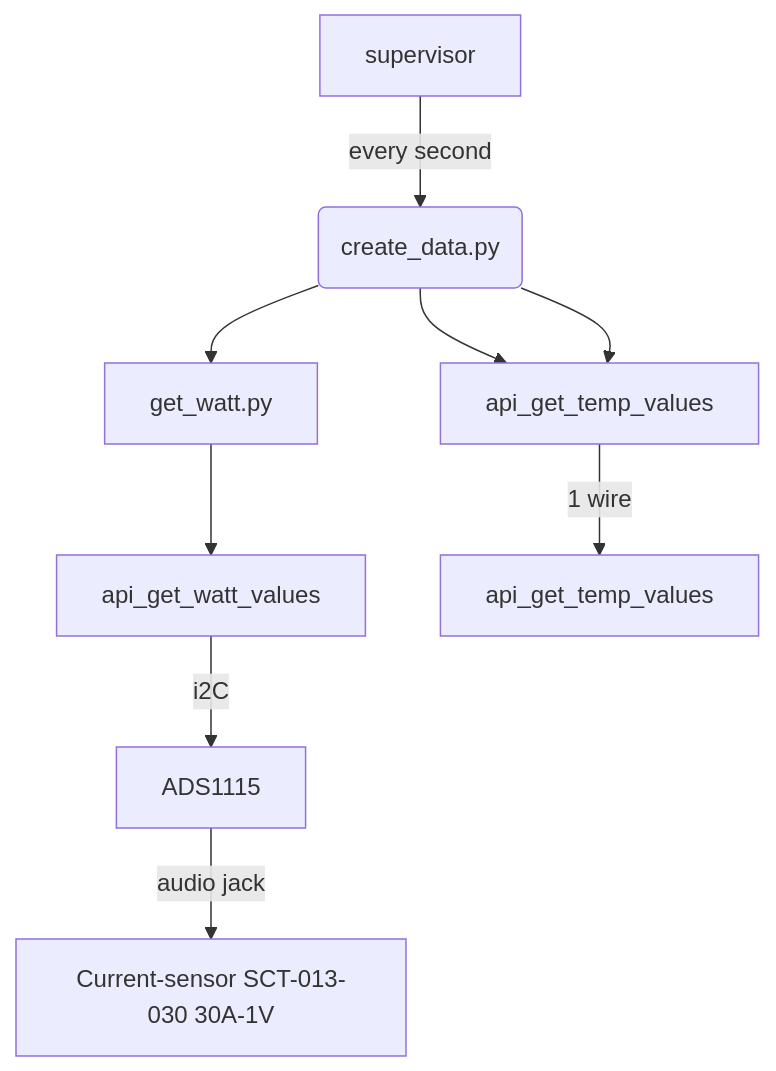
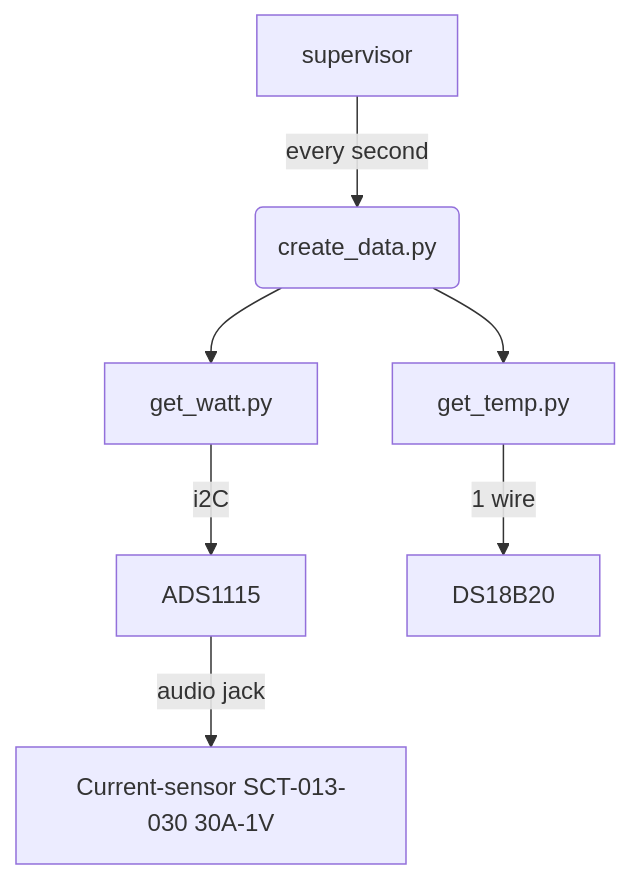
One commit to cheperboy/wiki changed the diagram in software.md. Above: the diagram before and after it, drawn with Mermaid. The commit also changed other lines of this file, not shown here.

Commit message:
software.md updated from https://stackedit.io/

````diff
--- a/software.md
+++ b/software.md
@@ -34,13 +34,11 @@
 ```mermaid
 graph TD
 A[supervisor] -->|every second| B(create_data.py)
 B --> C[get_watt.py]
-C --> D[api_get_watt_values]
-D --> |i2C| E[ADS1115]
+C --> |i2C| E[ADS1115]
 E --> |audio jack| F[Current-sensor SCT-013-030 30A-1V]
-B --> G[get_temp]
-B --> G[api_get_temp_values]
-G --> |1 wire| H[api_get_temp_values]
+B --> G[get_temp.py]
+G --> |1 wire| H[DS18B20]
 
 
 ```
````
